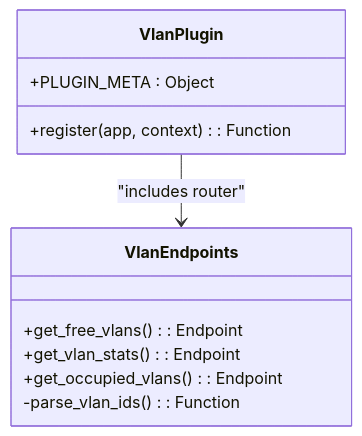
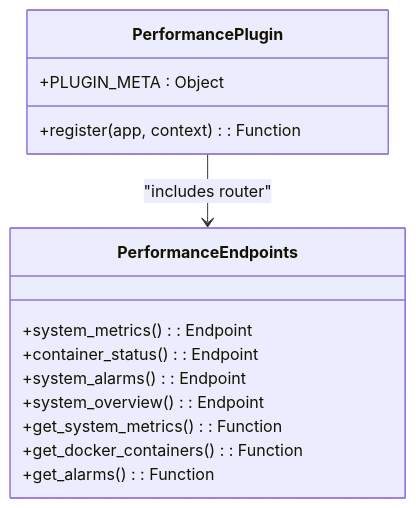
One commit to Nikita5543/New-SSO-02 changed the fourth of 11 diagrams in .qoder/repowiki/en/content/Plugin System Architecture/Frontend Plugin Integration.md. Above: the diagram before and after it, drawn with Mermaid. The commit also changed other lines of this file and 3 other files, not shown here.

````diff
--- a/.qoder/repowiki/en/content/Plugin System Architecture/Frontend Plugin Integration.md
+++ b/.qoder/repowiki/en/content/Plugin System Architecture/Frontend Plugin Integration.md
@@ -229,14 +223,17 @@
 ```mermaid
 classDiagram
-class VlanPlugin {
+class PerformancePlugin {
 +PLUGIN_META : Object
 +register(app, context) : Function
 }
-class VlanEndpoints {
-+get_free_vlans() : Endpoint
-+get_vlan_stats() : Endpoint
-+get_occupied_vlans() : Endpoint
--parse_vlan_ids() : Function
+class PerformanceEndpoints {
++system_metrics() : Endpoint
++container_status() : Endpoint
++system_alarms() : Endpoint
++system_overview() : Endpoint
++get_system_metrics() : Function
++get_docker_containers() : Function
++get_alarms() : Function
 }
-VlanPlugin --> VlanEndpoints : "includes router"
+PerformancePlugin --> PerformanceEndpoints : "includes router"
 ```
````
